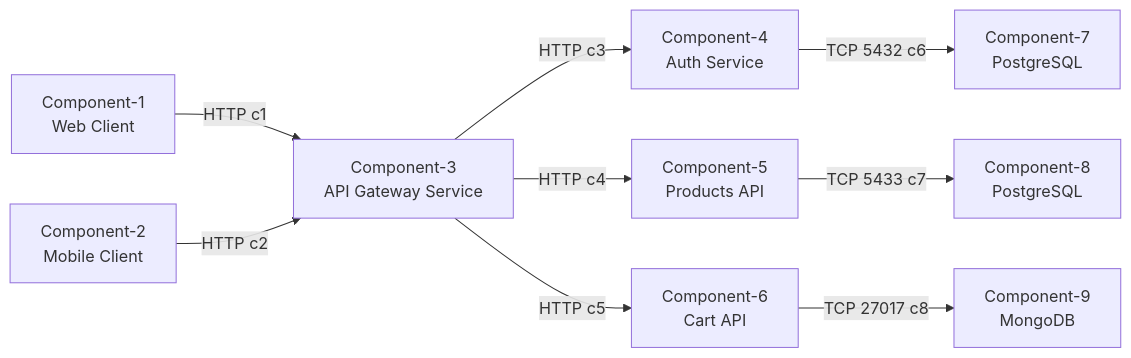
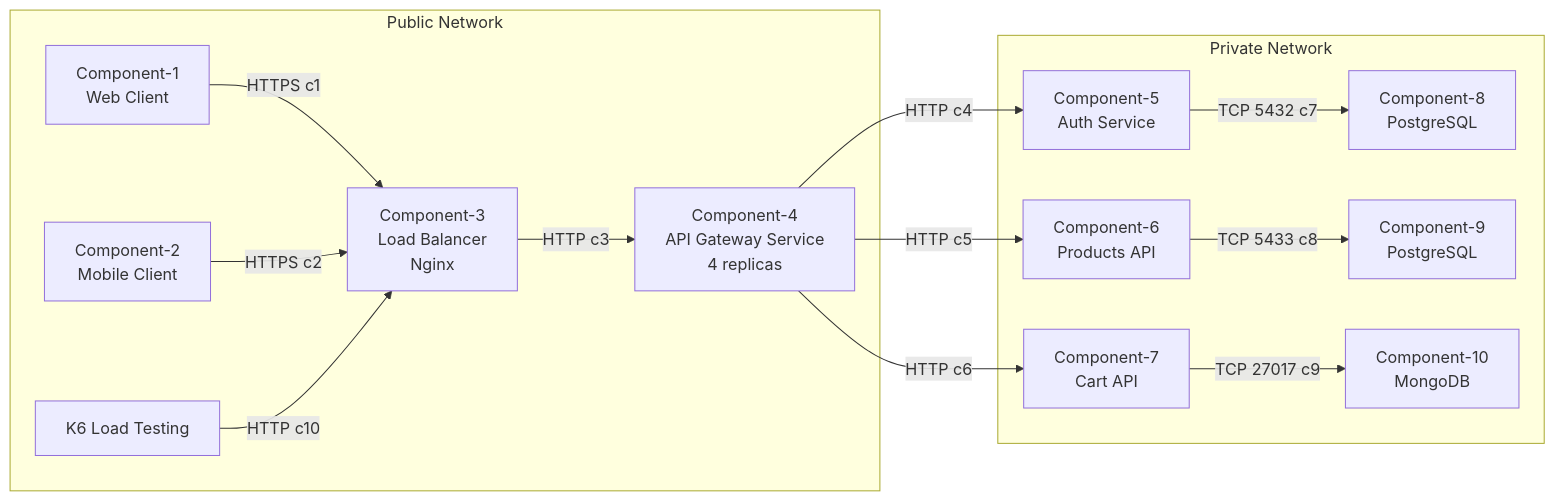
Before and after one commit to juanalytics/tussi: the first of 12 diagrams in README.md, drawn with Mermaid. The commit also changed other lines of this file, not shown here.

First line of the commit message:
Update README to reflect architectural changes and new components

````diff
--- a/README.md
+++ b/README.md
@@ -152,21 +168,42 @@
 ```mermaid
 graph LR
     WebClient[Component-1<br/>Web Client]
     MobileClient[Component-2<br/>Mobile Client]
-    APIGateway[Component-3<br/>API Gateway Service]
-    AuthService[Component-4<br/>Auth Service]
-    ProductsAPI[Component-5<br/>Products API]
-    CartAPI[Component-6<br/>Cart API]
-    AuthDB[Component-7<br/>PostgreSQL]
-    ProductsDB[Component-8<br/>PostgreSQL]
-    CartDB[Component-9<br/>MongoDB]
+    LoadBalancer[Component-3<br/>Load Balancer<br/>Nginx]
+    APIGateway[Component-4<br/>API Gateway Service<br/>4 replicas]
+    AuthService[Component-5<br/>Auth Service]
+    ProductsAPI[Component-6<br/>Products API]
+    CartAPI[Component-7<br/>Cart API]
+    AuthDB[Component-8<br/>PostgreSQL]
+    ProductsDB[Component-9<br/>PostgreSQL]
+    CartDB[Component-10<br/>MongoDB]
+    K6[K6 Load Testing]
 
-    WebClient -- "HTTP c1" --> APIGateway
-    MobileClient -- "HTTP c2" --> APIGateway
-    APIGateway -- "HTTP c3" --> AuthService
-    APIGateway -- "HTTP c4" --> ProductsAPI
-    APIGateway -- "HTTP c5" --> CartAPI
-    AuthService -- "TCP 5432 c6" --> AuthDB
-    ProductsAPI -- "TCP 5433 c7" --> ProductsDB
-    CartAPI -- "TCP 27017 c8" --> CartDB
+    WebClient -- "HTTPS c1" --> LoadBalancer
+    MobileClient -- "HTTPS c2" --> LoadBalancer
+    K6 -- "HTTP c10" --> LoadBalancer
+    LoadBalancer -- "HTTP c3" --> APIGateway
+    APIGateway -- "HTTP c4" --> AuthService
+    APIGateway -- "HTTP c5" --> ProductsAPI
+    APIGateway -- "HTTP c6" --> CartAPI
+    AuthService -- "TCP 5432 c7" --> AuthDB
+    ProductsAPI -- "TCP 5433 c8" --> ProductsDB
+    CartAPI -- "TCP 27017 c9" --> CartDB
+
+    subgraph "Public Network"
+        WebClient
+        MobileClient
+        LoadBalancer
+        APIGateway
+        K6
+    end
+
+    subgraph "Private Network"
+        AuthService
+        ProductsAPI
+        CartAPI
+        AuthDB
+        ProductsDB
+        CartDB
+    end
 ```
````
